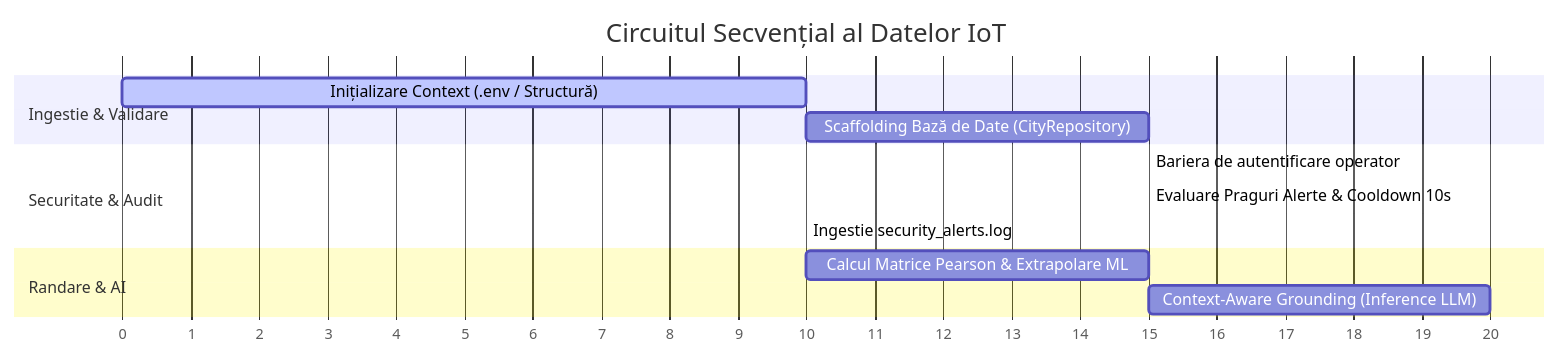
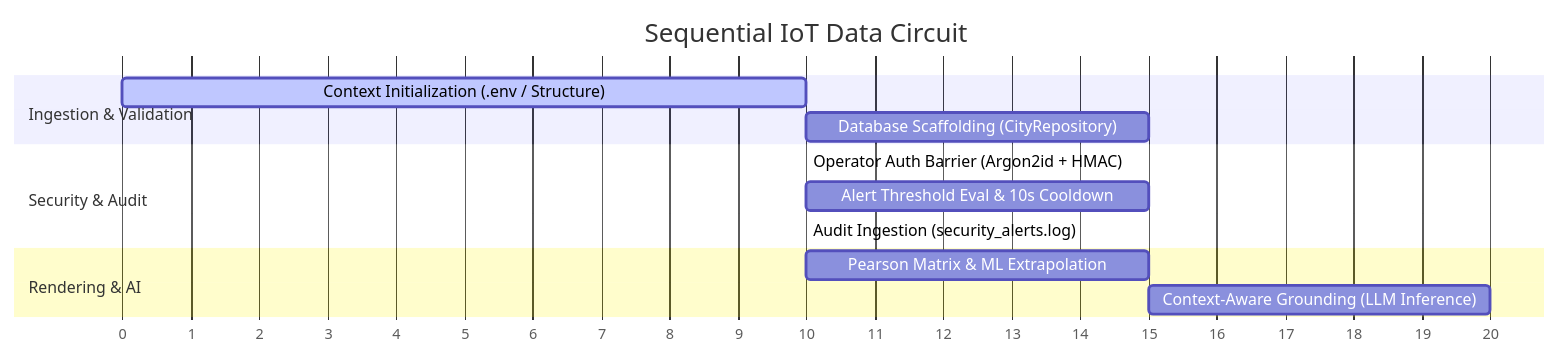
Before and after one commit to Codedchic25/smartcity-cluj-ai-platform: the first of 2 diagrams in ARCHITECTURE.md, drawn with Mermaid. The commit also changed other lines of this file and 28 other files, not shown here.

Commit message:
Improve AI telemetry propagation, Gemini fallback ordering, router error classification, RAG grounding, live eval sampling (99 tests), and English docs

````diff
--- a/ARCHITECTURE.md
+++ b/ARCHITECTURE.md
@@ -11,19 +11,19 @@
 ```mermaid
 gantt
-    title Circuitul Secvențial al Datelor IoT
+    title Sequential IoT Data Circuit
     dateFormat  X
     axisFormat %s
 
-    section Ingestie & Validare
-    Inițializare Context (.env / Structură) :active, p1, 0, 10
-    Scaffolding Bază de Date (CityRepository)  :p2, after p1, 15
+    section Ingestion & Validation
+    Context Initialization (.env / Structure) :active, p1, 0, 10
+    Database Scaffolding (CityRepository)     :p2, after p1, 15
 
-    section Securitate & Audit
-   Bariera de autentificare operator: Argon2id pentru verificarea parolei si hmac.compare_digest pentru compararea username-ului.
-    Evaluare Praguri Alerte & Cooldown 10s   :p4, after p3, 15
-    Ingestie security_alerts.log            :p5, after p4, 10
+    section Security & Audit
+    Operator Auth Barrier (Argon2id + HMAC)   :p3, after p2, 10
+    Alert Threshold Eval & 10s Cooldown       :p4, after p3, 15
+    Audit Ingestion (security_alerts.log)     :p5, after p4, 10
 
-    section Randare & AI
-    Calcul Matrice Pearson & Extrapolare ML  :p6, after p5, 15
-    Context-Aware Grounding (Inference LLM)  :p7, after p6, 20
+    section Rendering & AI
+    Pearson Matrix & ML Extrapolation         :p6, after p5, 15
+    Context-Aware Grounding (LLM Inference)   :p7, after p6, 20
 ```
````
